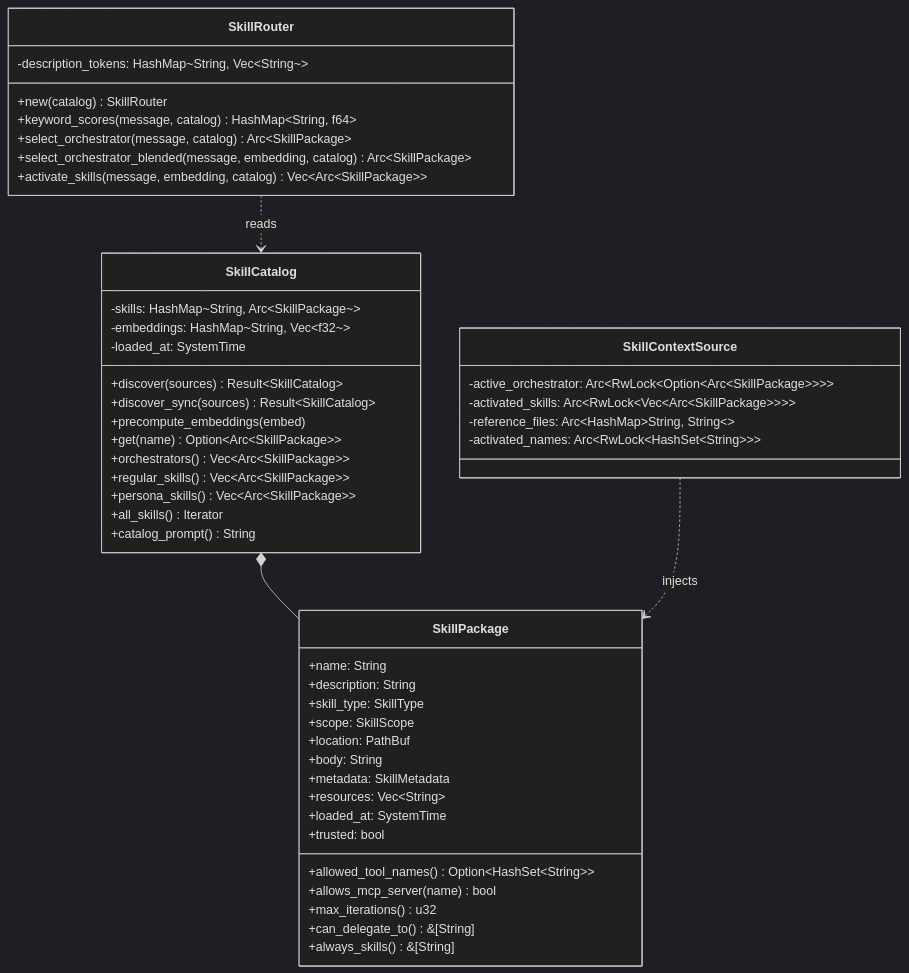
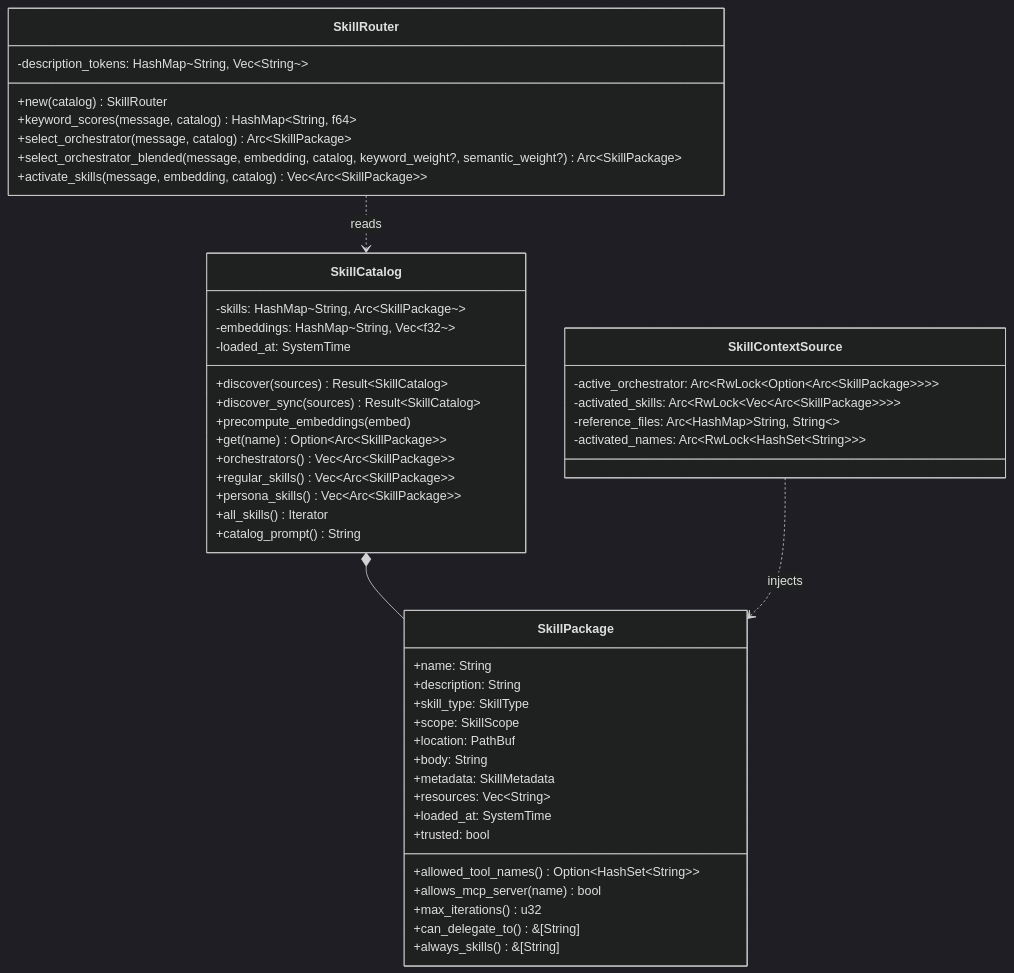
Before and after one commit to KlyntLabs/klyntbot: the first of 3 diagrams in docs/architecture/layer-3-skill-system.md, drawn with Mermaid (dark theme). The commit also changed other lines of this file and 14 other files, not shown here.

First line of the commit message:
docs(architecture): add autotuner crate to architecture documentation

````diff
--- a/docs/architecture/layer-3-skill-system.md
+++ b/docs/architecture/layer-3-skill-system.md
@@ -38,55 +38,55 @@
 ```mermaid
 classDiagram
     class SkillCatalog {
         -skills: HashMap~String, Arc~SkillPackage~~
         -embeddings: HashMap~String, Vec~f32~~
         -loaded_at: SystemTime
         +discover(sources) Result~SkillCatalog~
         +discover_sync(sources) Result~SkillCatalog~
         +precompute_embeddings(embed)
         +get(name) Option~Arc~SkillPackage~~
         +orchestrators() Vec~Arc~SkillPackage~~
         +regular_skills() Vec~Arc~SkillPackage~~
         +persona_skills() Vec~Arc~SkillPackage~~
         +all_skills() Iterator
         +catalog_prompt() String
     }
 
     class SkillRouter {
         -description_tokens: HashMap~String, Vec~String~~
         +new(catalog) SkillRouter
         +keyword_scores(message, catalog) HashMap~String, f64~
         +select_orchestrator(message, catalog) Arc~SkillPackage~
-        +select_orchestrator_blended(message, embedding, catalog) Arc~SkillPackage~
+        +select_orchestrator_blended(message, embedding, catalog, keyword_weight?, semantic_weight?) Arc~SkillPackage~
         +activate_skills(message, embedding, catalog) Vec~Arc~SkillPackage~~
     }
 
     class SkillPackage {
         +name: String
         +description: String
         +skill_type: SkillType
         +scope: SkillScope
         +location: PathBuf
         +body: String
         +metadata: SkillMetadata
         +resources: Vec~String~
         +loaded_at: SystemTime
         +trusted: bool
         +allowed_tool_names() Option~HashSet~String~~
         +allows_mcp_server(name) bool
         +max_iterations() u32
         +can_delegate_to() &[String]
         +always_skills() &[String]
     }
 
     class SkillContextSource {
         -active_orchestrator: Arc~RwLock~Option~Arc~SkillPackage~~~~
         -activated_skills: Arc~RwLock~Vec~Arc~SkillPackage~~~~
         -reference_files: Arc~HashMap~String, String~~
         -activated_names: Arc~RwLock~HashSet~String~~~
     }
 
     SkillCatalog *-- SkillPackage
     SkillRouter ..> SkillCatalog : reads
     SkillContextSource ..> SkillPackage : injects
 ```
````
